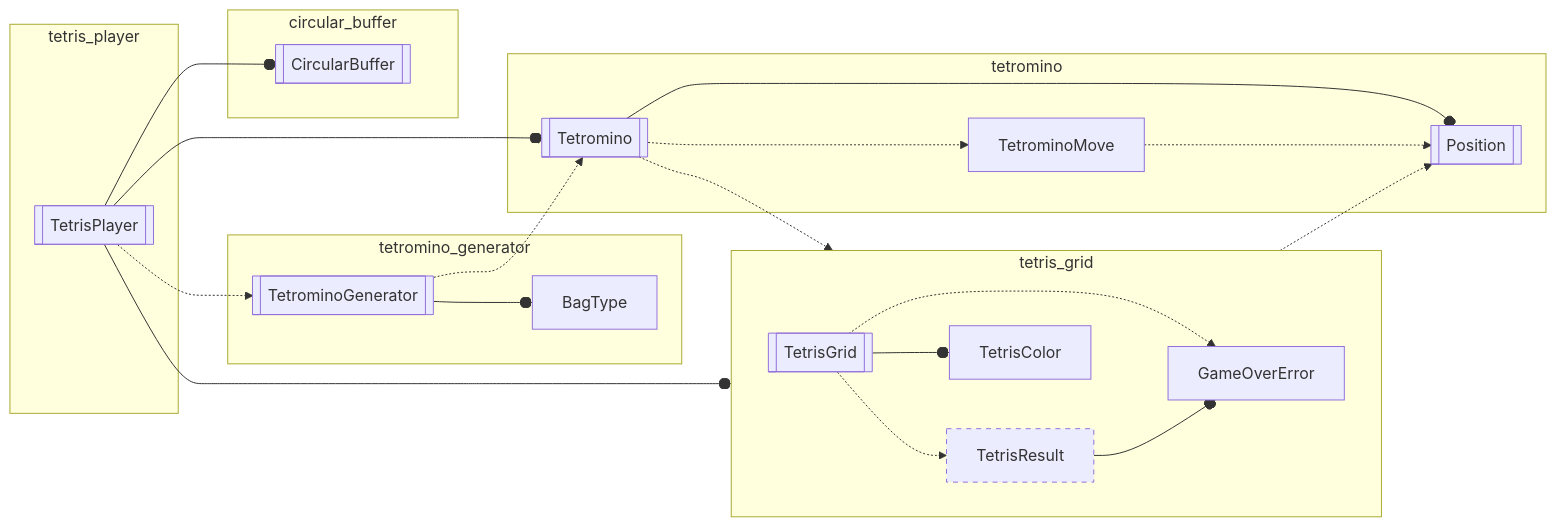
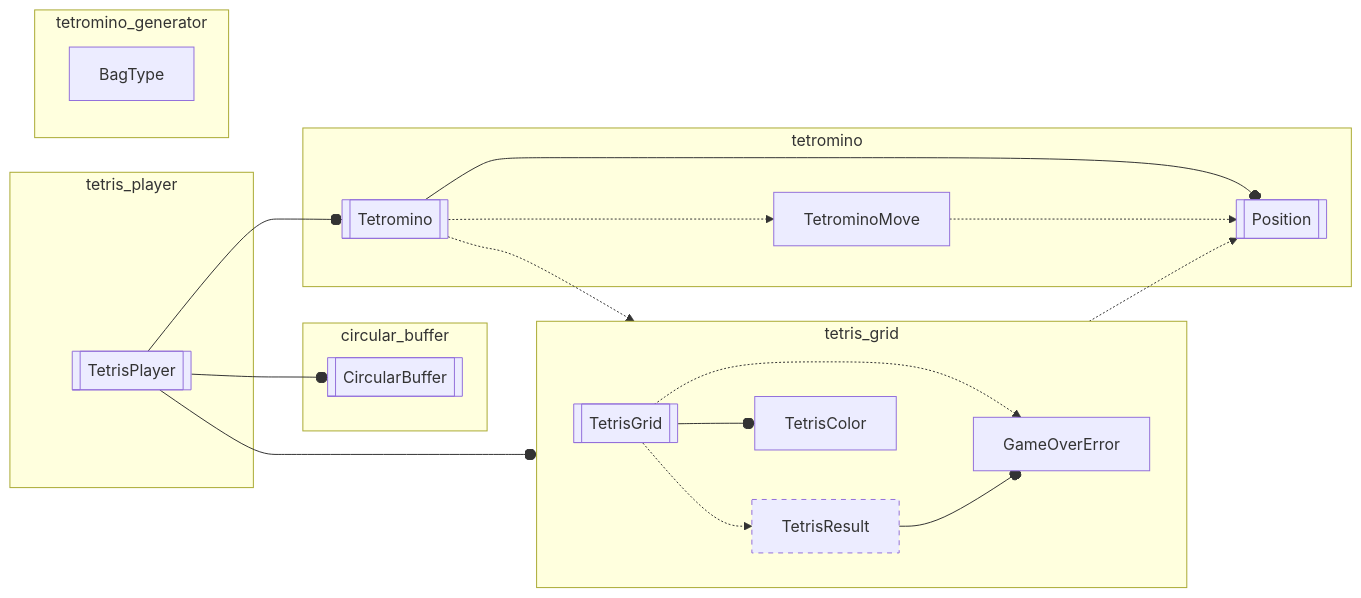
The diagram in tetris_core/src/tetris_core.mmd (inesvar/tetris), drawn with Mermaid before and after one commit. The commit also changed 6 other files, not shown here.

Commit message:
Move tetromino_bag from LocalPlayer to TetrisPlayer

```diff
--- a/tetris_core/src/tetris_core.mmd
+++ b/tetris_core/src/tetris_core.mmd
@@ -1,49 +1,45 @@
 graph LR
     %% objects
     TetrominoMove[TetrominoMove]
     TetrisGrid[[TetrisGrid]]
     GameOverError[GameOverError]
     TetrisResult[TetrisResult]
     Tetromino[[Tetromino]]
     Position[[Position]]
     TetrisColor[TetrisColor]
-    TetrominoGenerator[[TetrominoGenerator]]
     BagType[BagType]
     CircularBuffer[[CircularBuffer]]
     TetrisPlayer[[TetrisPlayer]]
 
     subgraph tetris_player
         TetrisPlayer
     end
     TetrisPlayer --o TetrisGrid
     TetrisPlayer --o Tetromino
     TetrisPlayer --o CircularBuffer
-    TetrisPlayer -.-> TetrominoGenerator
 
     subgraph tetromino_generator
-        TetrominoGenerator --o BagType
+        BagType
     end
-    TetrominoGenerator
-    TetrominoGenerator -.-> Tetromino
 
     subgraph circular_buffer
         CircularBuffer
     end
 
     subgraph tetris_grid
         direction LR
         TetrisGrid -.-> GameOverError
         TetrisGrid -.-> TetrisResult
         TetrisResult --o GameOverError
         TetrisGrid --o TetrisColor
     end
     Tetromino -.-> tetris_grid
     TetrisGrid -.-> Position
 
     subgraph tetromino
         Tetromino --o Position
         TetrominoMove -.-> Position
         Tetromino -.-> TetrominoMove
     end
 
     style TetrisResult stroke-dasharray: 5 5;
```
